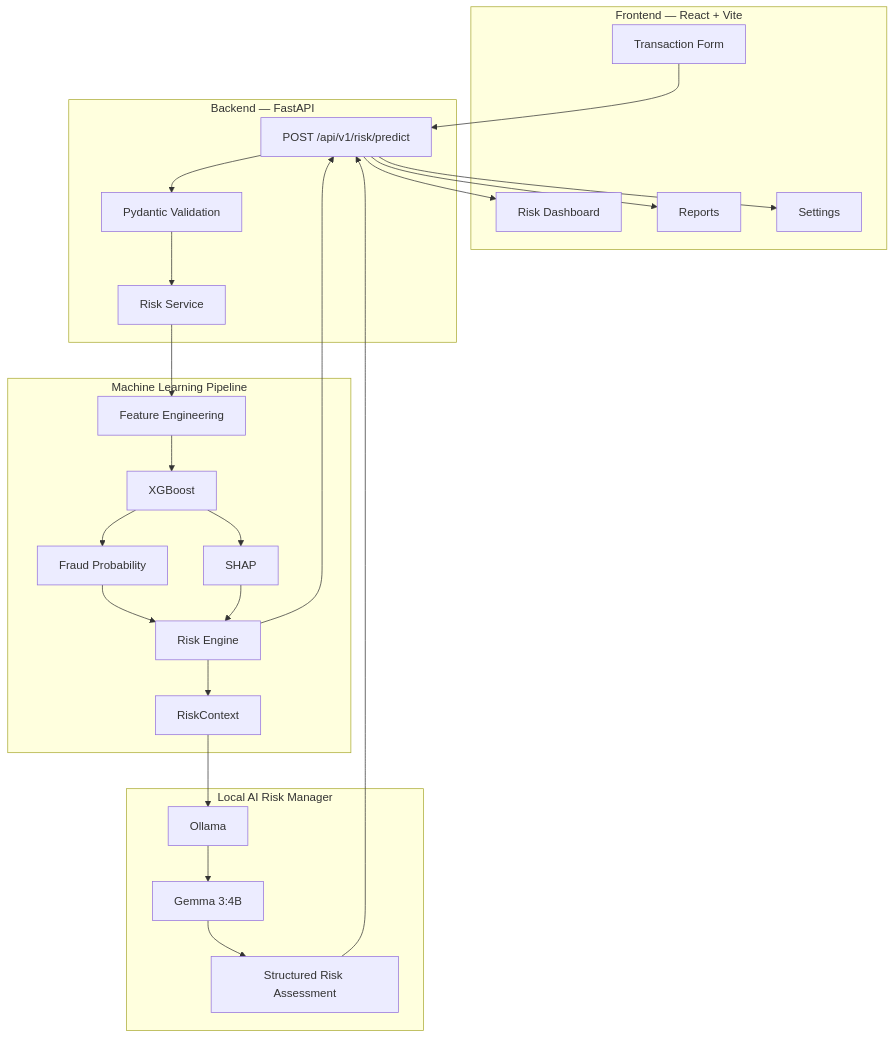
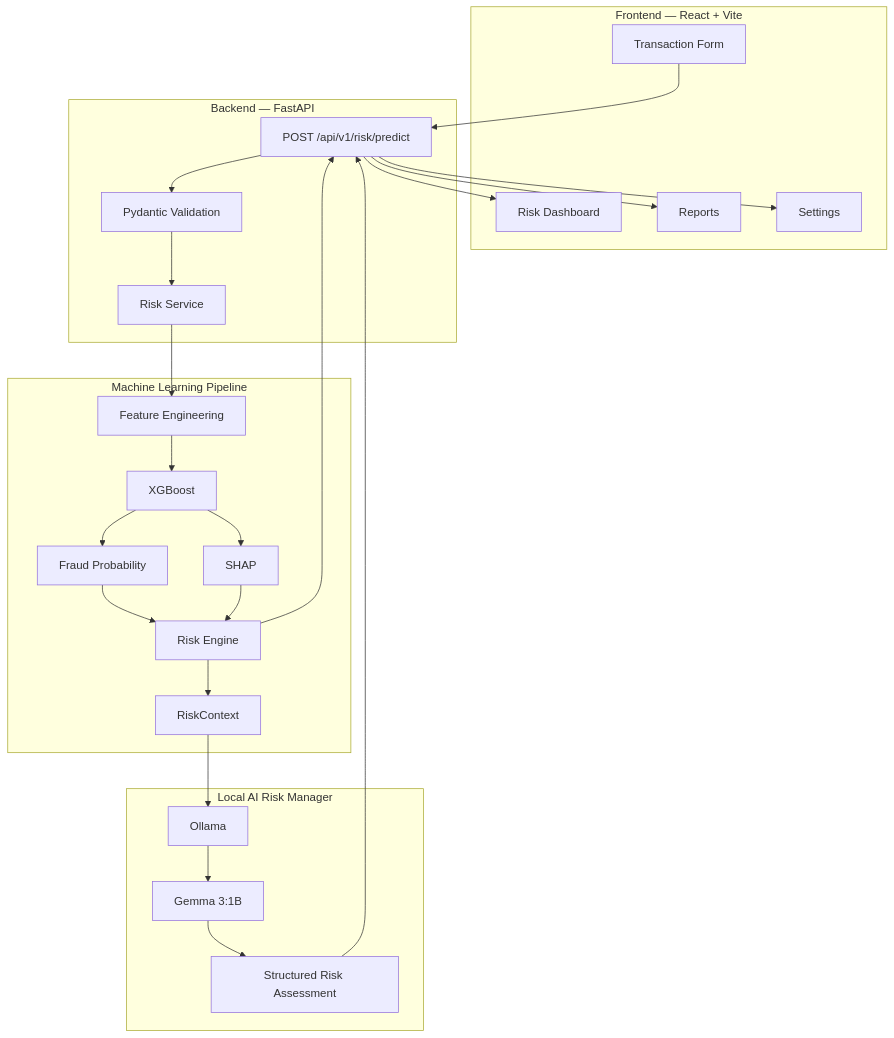
Before and after one commit to sandip234-ui/RiskGuard-AI: the second of 4 diagrams in README.md, drawn with Mermaid. The commit also changed other lines of this file and 6 other files, not shown here.

````diff
--- a/README.md
+++ b/README.md
@@ -602,54 +602,54 @@
 ```mermaid
 flowchart TB
     subgraph UI["Frontend — React + Vite"]
         A[Transaction Form]
         B[Risk Dashboard]
         C[Reports]
         D[Settings]
     end
 
     subgraph API["Backend — FastAPI"]
         E[POST /api/v1/risk/predict]
         F[Pydantic Validation]
         G[Risk Service]
     end
 
     subgraph ML["Machine Learning Pipeline"]
         H[Feature Engineering]
         I[XGBoost]
         J[Fraud Probability]
         K[SHAP]
         L[Risk Engine]
         M[RiskContext]
     end
 
     subgraph LLM["Local AI Risk Manager"]
         N[Ollama]
-        O[Gemma 3:4B]
+        O[Gemma 3:1B]
         P[Structured Risk Assessment]
     end
 
     A --> E
     E --> F
     F --> G
     G --> H
     H --> I
 
     I --> J
     I --> K
 
     J --> L
     K --> L
 
     L --> M
     M --> N
     N --> O
     O --> P
 
     L --> E
     P --> E
 
     E --> B
     E --> C
     E --> D
 ```
````
